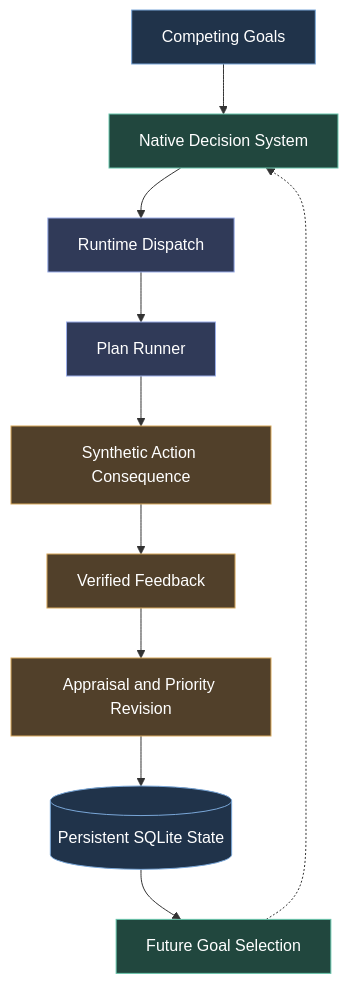
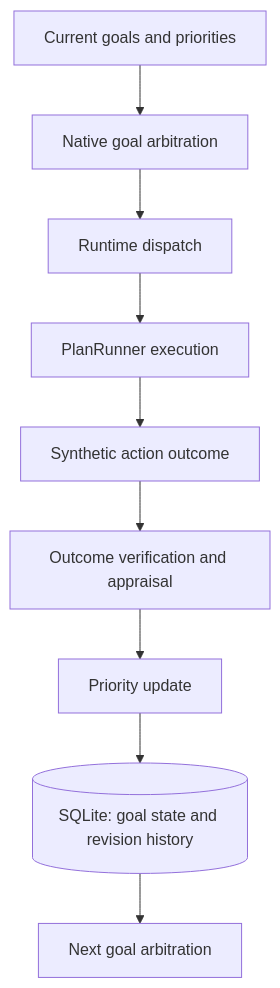
Before and after one commit to inritti/aria-native-learning-benchmark: the diagram in README.md, drawn with Mermaid. The commit also changed other lines of this file, not shown here.

````diff
--- a/README.md
+++ b/README.md
@@ -25,32 +25,21 @@
 ```mermaid
 flowchart TD
-    A["Competing Goals"]
-    B["Native Decision System"]
-    C["Runtime Dispatch"]
-    D["Plan Runner"]
-    E["Synthetic Action Consequence"]
-    F["Verified Feedback"]
-    G["Appraisal and Priority Revision"]
-    H[("Persistent SQLite State")]
-    I["Future Goal Selection"]
+    A["Current goals and priorities"]
+    B["Native goal arbitration"]
+    C["Runtime dispatch"]
+    D["PlanRunner execution"]
+    E["Synthetic action outcome"]
+    F["Outcome verification and appraisal"]
+    G["Priority update"]
+    H[("SQLite: goal state and revision history")]
+    I["Next goal arbitration"]
 
     A --> B
     B --> C
     C --> D
     D --> E
     E --> F
     F --> G
     G --> H
     H --> I
-    I -.-> B
-
-    classDef storage fill:#20334a,stroke:#7aa7d8,color:#ffffff
-    classDef decision fill:#21473e,stroke:#67c5ab,color:#ffffff
-    classDef action fill:#303a58,stroke:#9bade8,color:#ffffff
-    classDef feedback fill:#51402a,stroke:#d7a85c,color:#ffffff
-
-    class A,H storage
-    class B,I decision
-    class C,D action
-    class E,F,G feedback
 ```
````
